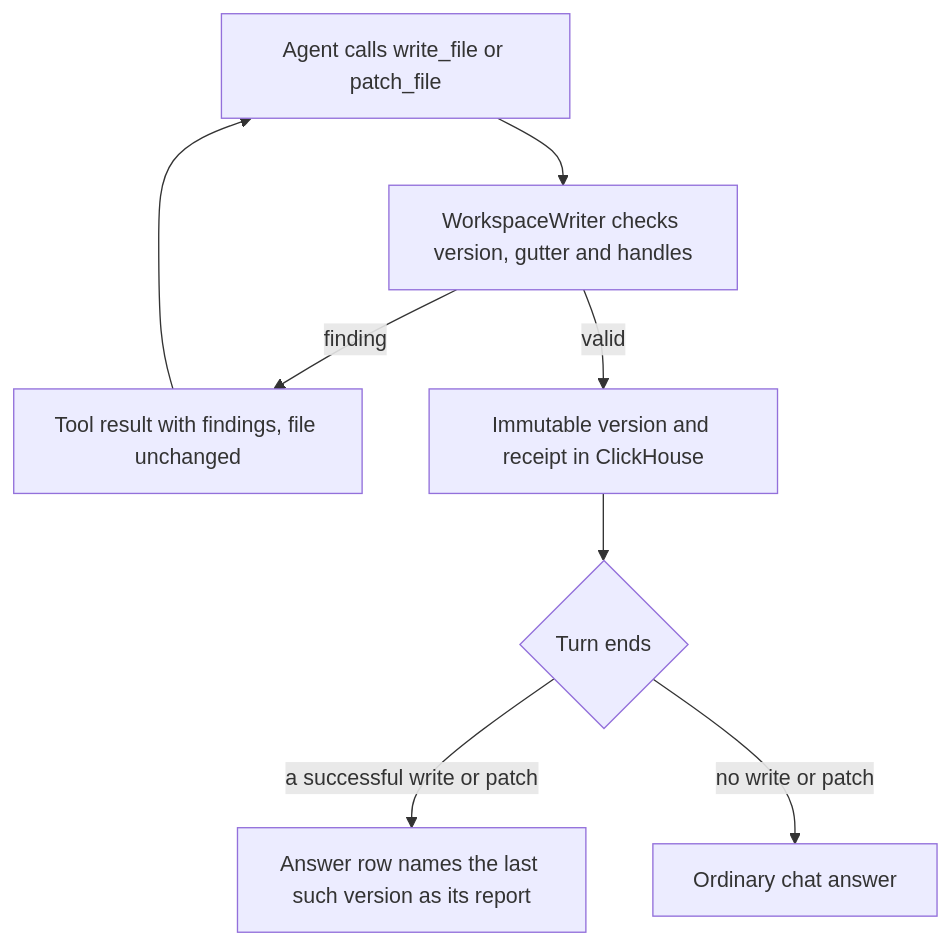
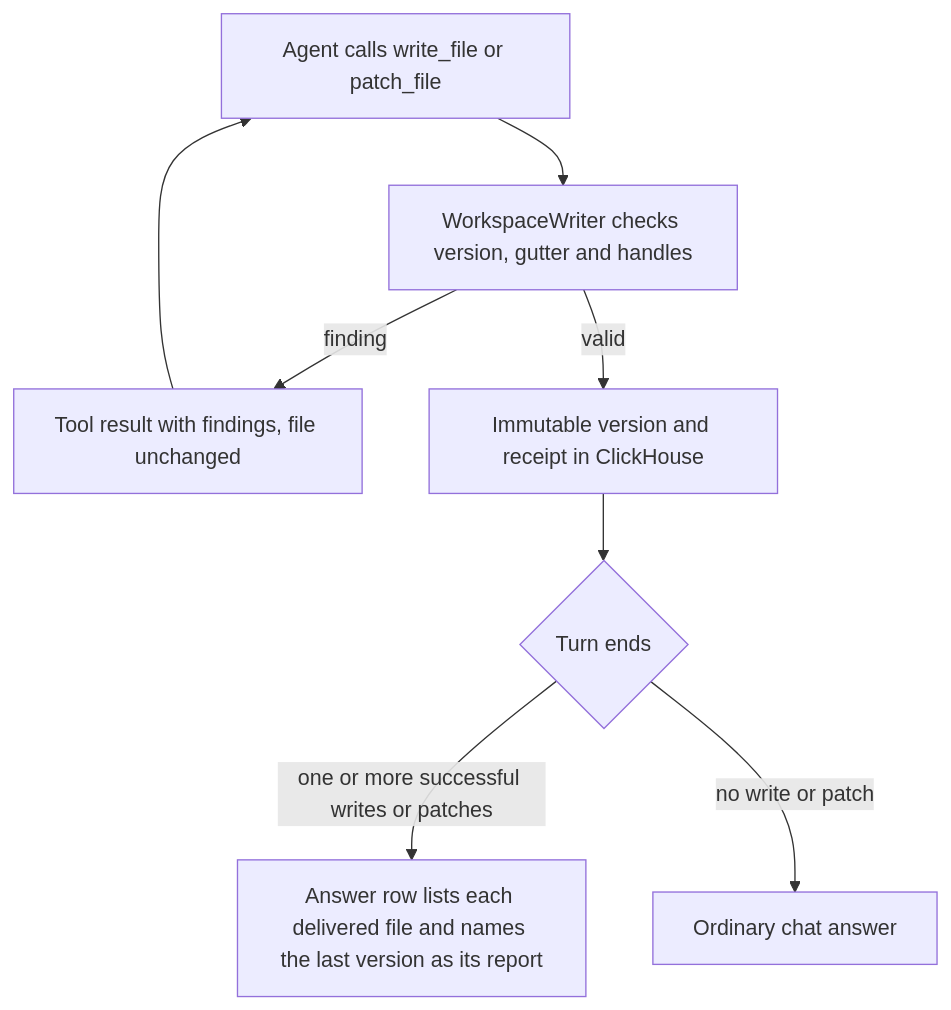
One commit to liquidinvestigations/hoover4 changed the first of 4 diagrams in docs/architecture/Chat_And_Agents.md. Above: the diagram before and after it, drawn with Mermaid. The commit also changed other lines of this file and 65 other files, not shown here.

````diff
--- a/docs/architecture/Chat_And_Agents.md
+++ b/docs/architecture/Chat_And_Agents.md
@@ -174,12 +174,12 @@
 ```mermaid
 flowchart TD
     accTitle: The report of a turn
-    accDescr: The agent writes a file through the session writer. A checked version is stored. At the end of the turn the last successful write or patch is the report of the answer.
+    accDescr: The agent writes a file through the session writer. A checked version is stored. At the end of the turn the answer lists every delivered file, and the last successful write or patch is its report.
     A[Agent calls write_file or patch_file] --> B[WorkspaceWriter checks version, gutter and handles]
     B -->|finding| C[Tool result with findings, file unchanged]
     C --> A
     B -->|valid| D[Immutable version and receipt in ClickHouse]
     D --> E{Turn ends}
-    E -->|a successful write or patch| F[Answer row names the last such version as its report]
+    E -->|one or more successful writes or patches| F[Answer row lists each delivered file and names the last version as its report]
     E -->|no write or patch| G[Ordinary chat answer]
 ```
````
